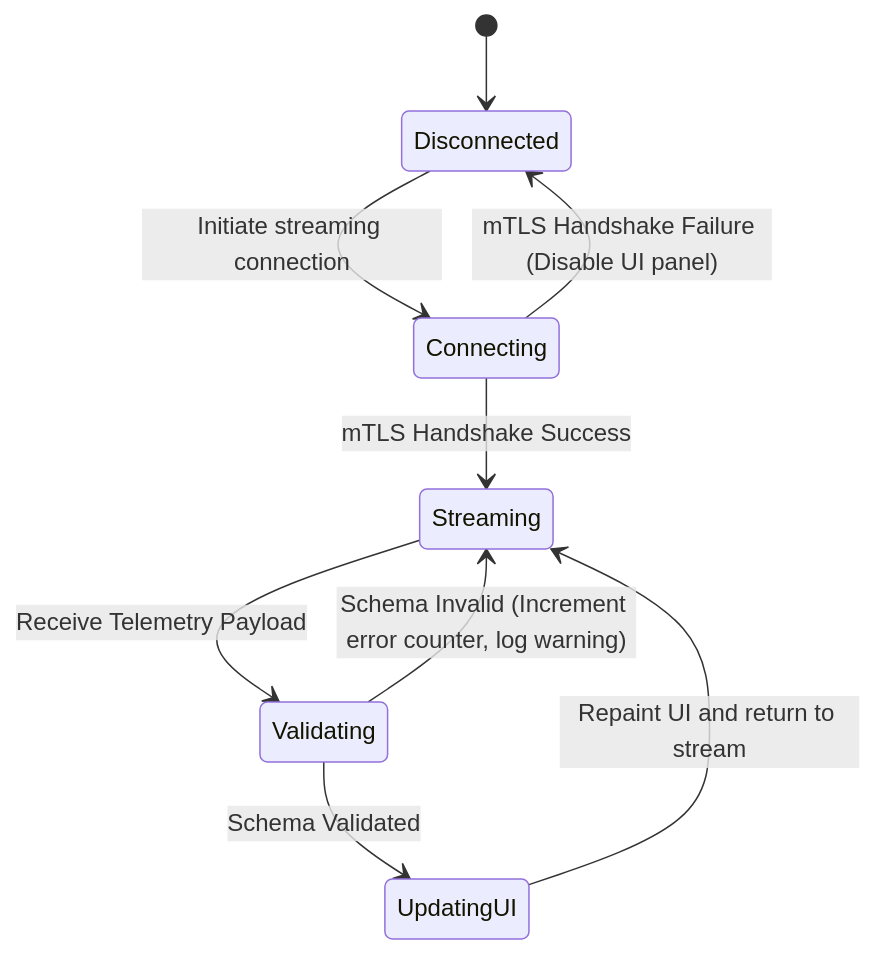
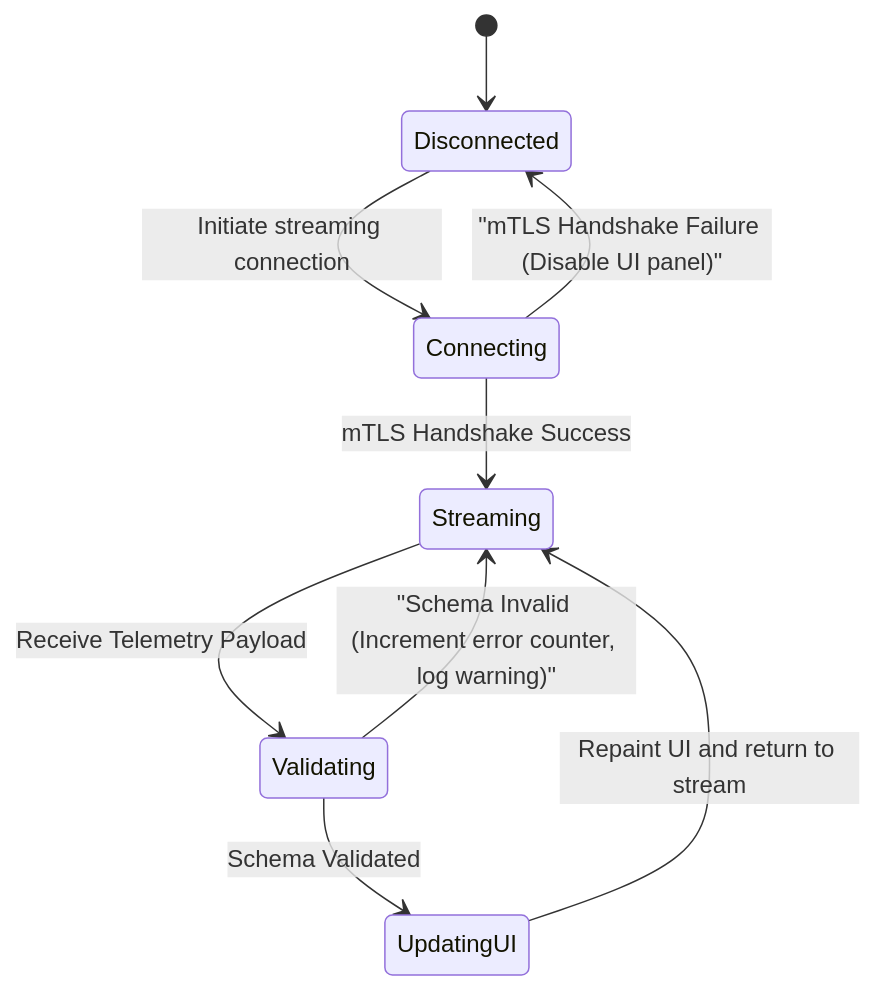
One commit to gintatkinson/digital-pipeline-repo changed the second of 2 diagrams in .pipeline/domain_specs/uc-04-equipment-telemetry-gnmi.md. Above: the diagram before and after it, drawn with Mermaid. The commit also changed 10 other files, not shown here.

````diff
--- a/.pipeline/domain_specs/uc-04-equipment-telemetry-gnmi.md
+++ b/.pipeline/domain_specs/uc-04-equipment-telemetry-gnmi.md
@@ -56,11 +56,11 @@
 ```mermaid
 stateDiagram-v2
     [*] --> Disconnected
     Disconnected --> Connecting : Initiate streaming connection
     Connecting --> Streaming : mTLS Handshake Success
-    Connecting --> Disconnected : mTLS Handshake Failure (Disable UI panel)
+    Connecting --> Disconnected : "mTLS Handshake Failure (Disable UI panel)"
     Streaming --> Validating : Receive Telemetry Payload
     Validating --> UpdatingUI : Schema Validated
-    Validating --> Streaming : Schema Invalid (Increment error counter, log warning)
+    Validating --> Streaming : "Schema Invalid (Increment error counter, log warning)"
     UpdatingUI --> Streaming : Repaint UI and return to stream
 ```
````
